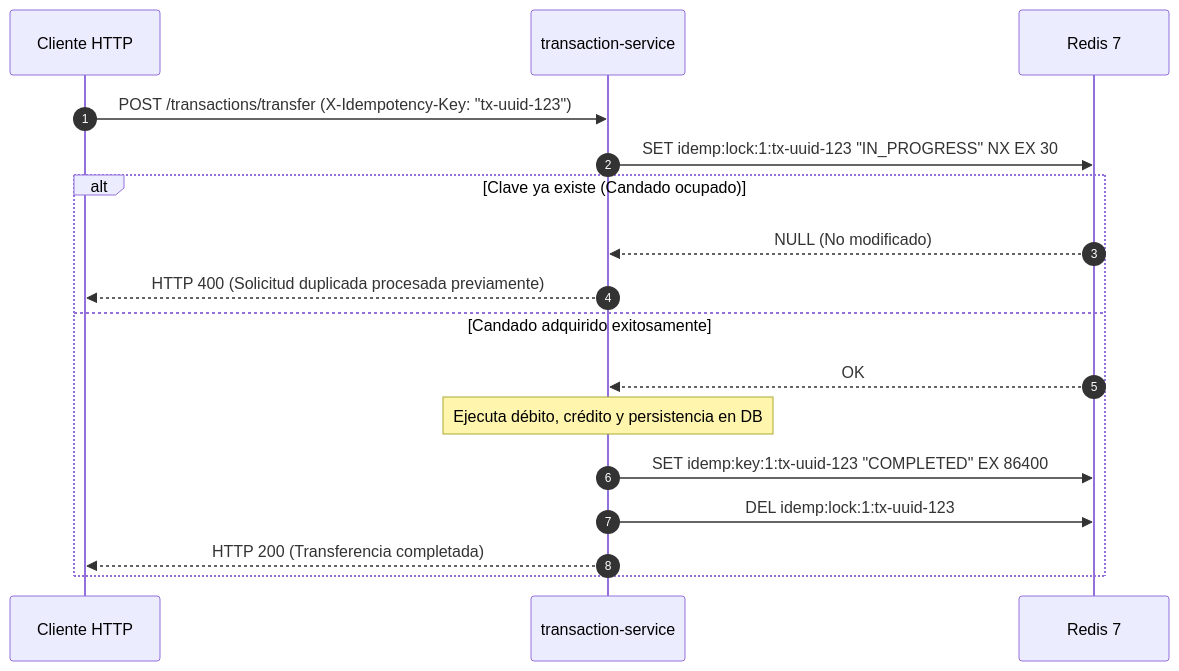
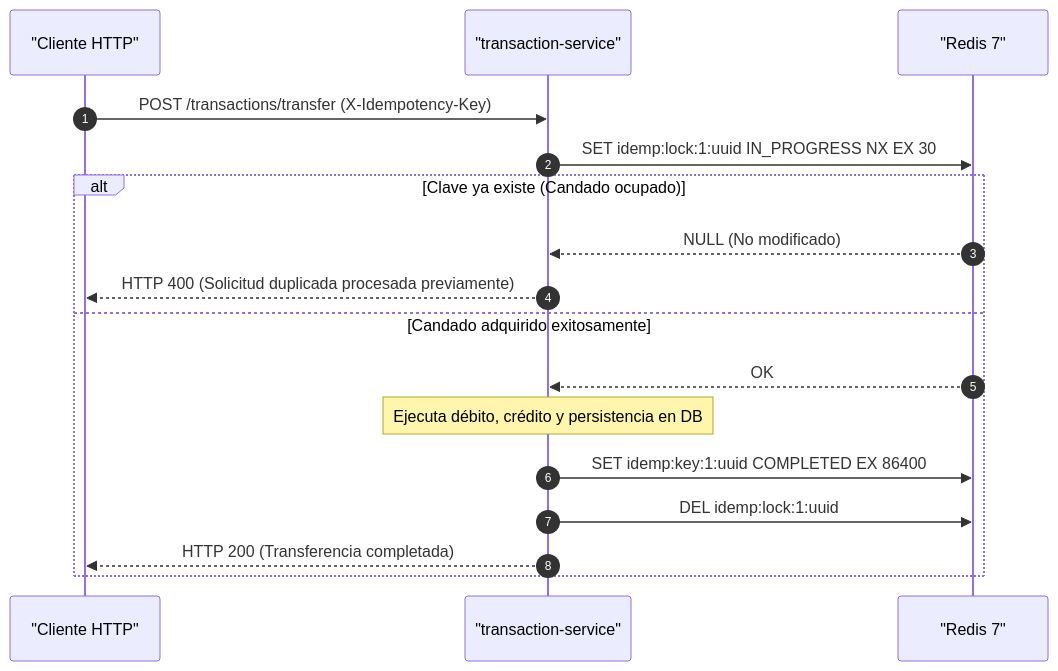
Before and after one commit to bleidertcs/fintech-wallet: the diagram in docs/redis.md, drawn with Mermaid. The commit also changed 27 other files, not shown here.

Commit message:
feat: generate project documentation and graphify visualization assets

````diff
--- a/docs/redis.md
+++ b/docs/redis.md
@@ -48,22 +48,22 @@
 ```mermaid
 sequenceDiagram
     autonumber
-    participant Client as Cliente HTTP
-    participant TxSvc as transaction-service
-    participant Redis as Redis 7
+    participant Client as "Cliente HTTP"
+    participant TxSvc as "transaction-service"
+    participant Redis as "Redis 7"
 
-    Client->>TxSvc: POST /transactions/transfer (X-Idempotency-Key: "tx-uuid-123")
+    Client->>TxSvc: POST /transactions/transfer (X-Idempotency-Key)
     
-    TxSvc->>Redis: SET idemp:lock:1:tx-uuid-123 "IN_PROGRESS" NX EX 30
+    TxSvc->>Redis: SET idemp:lock:1:uuid IN_PROGRESS NX EX 30
     alt Clave ya existe (Candado ocupado)
         Redis-->>TxSvc: NULL (No modificado)
         TxSvc-->>Client: HTTP 400 (Solicitud duplicada procesada previamente)
     else Candado adquirido exitosamente
         Redis-->>TxSvc: OK
         Note over TxSvc: Ejecuta débito, crédito y persistencia en DB
         
-        TxSvc->>Redis: SET idemp:key:1:tx-uuid-123 "COMPLETED" EX 86400
-        TxSvc->>Redis: DEL idemp:lock:1:tx-uuid-123
+        TxSvc->>Redis: SET idemp:key:1:uuid COMPLETED EX 86400
+        TxSvc->>Redis: DEL idemp:lock:1:uuid
         TxSvc-->>Client: HTTP 200 (Transferencia completada)
     end
 ```
````
